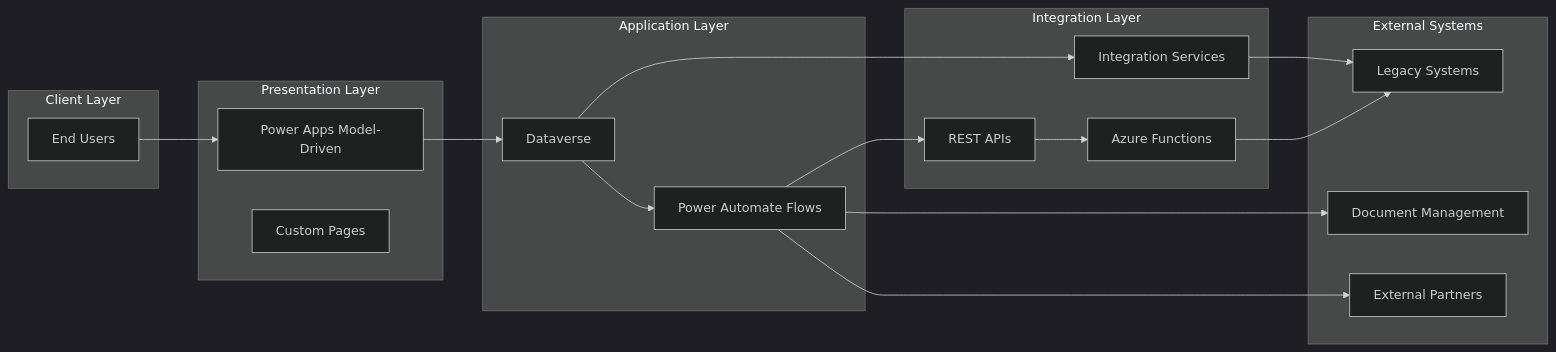
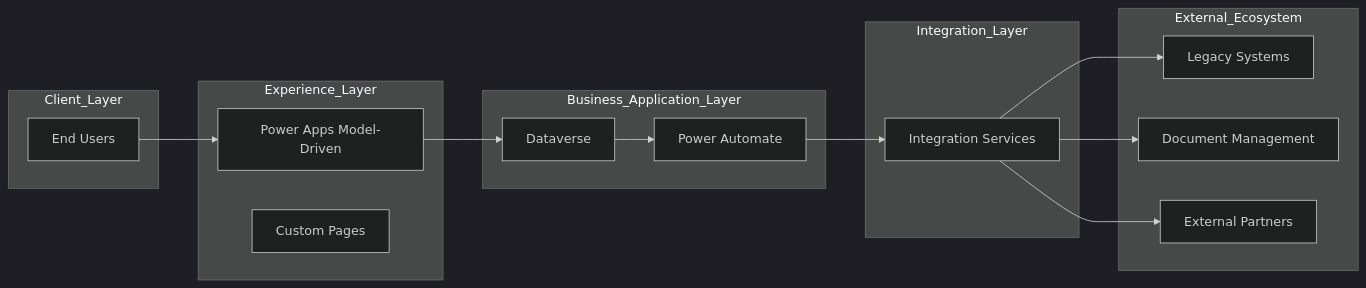
The first of 2 diagrams in src/integration-architecture.md (rzamperlini/rzamperlini), drawn with Mermaid (dark theme) before and after one commit. The commit also changed other lines of this file, not shown here.

First line of the commit message:
Revise integration architecture documentation with details

````diff
--- a/src/integration-architecture.md
+++ b/src/integration-architecture.md
@@ -31,40 +33,35 @@
 ```mermaid
 flowchart LR
-    subgraph Client Layer
+    subgraph Client_Layer
         U[End Users]
     end
 
-    subgraph Presentation Layer
+    subgraph Experience_Layer
         PA[Power Apps Model-Driven]
         CP[Custom Pages]
     end
 
-    subgraph Application Layer
+    subgraph Business_Application_Layer
         DV[Dataverse]
-        PF[Power Automate Flows]
+        PF[Power Automate]
     end
 
-    subgraph Integration Layer
-        API[REST APIs]
-        AZ[Azure Functions]
-        BUS[Integration Services]
+    subgraph Integration_Layer
+        INT[Integration Services]
     end
 
-    subgraph External Systems
+    subgraph External_Ecosystem
         LEG[Legacy Systems]
         DOC[Document Management]
         EXT[External Partners]
     end
 
     U --> PA
     PA --> DV
     DV --> PF
-    PF --> API
-    API --> AZ
-    AZ --> LEG
-    PF --> DOC
-    PF --> EXT
+    PF --> INT
 
-    DV --> BUS
-    BUS --> LEG
+    INT --> LEG
+    INT --> DOC
+    INT --> EXT
 ```
````
